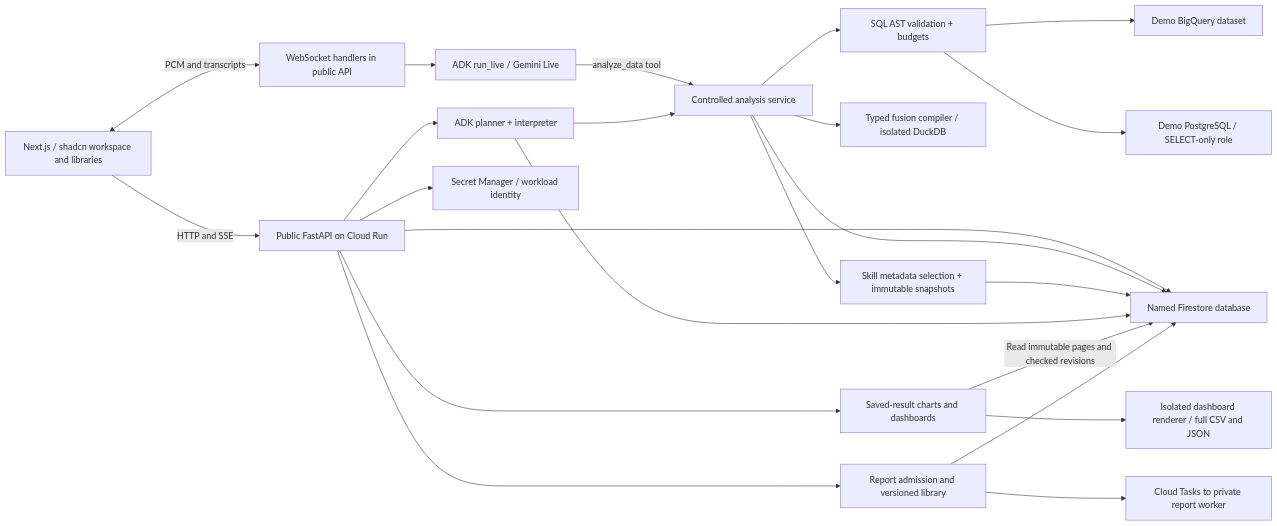
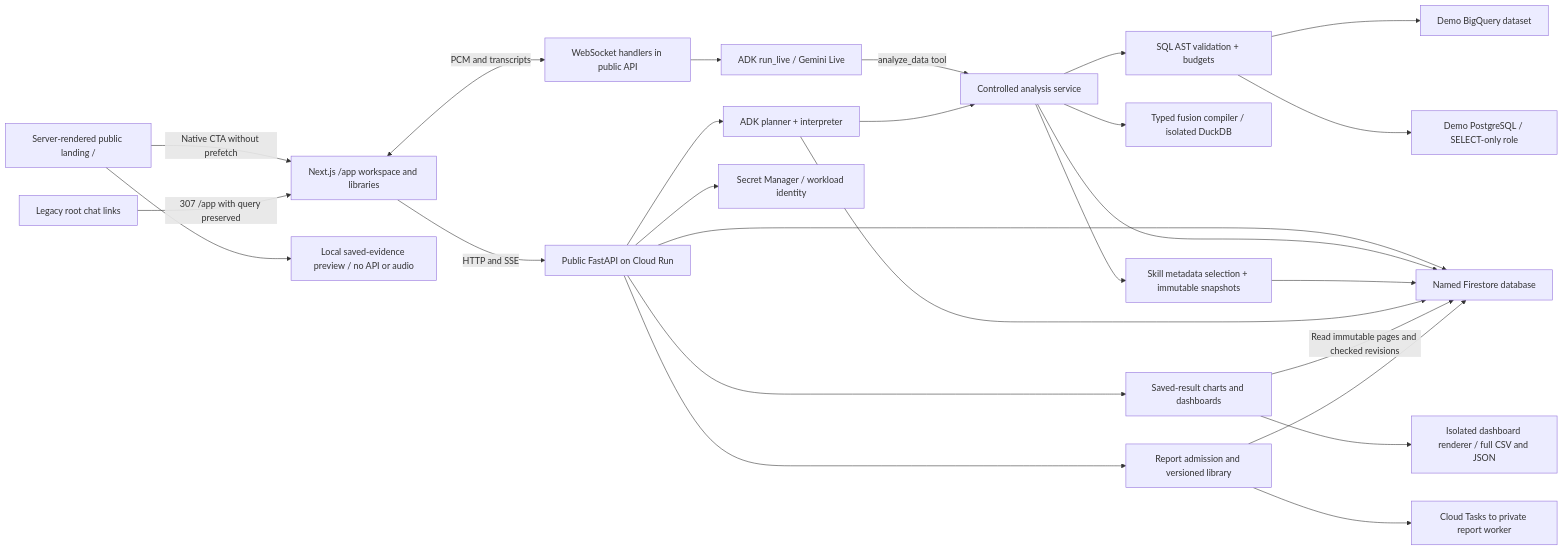
One commit to RusiruChathushanaka/querylane-agentic-bi changed the first of 2 diagrams in docs/architecture.md. Above: the diagram before and after it, drawn with Mermaid. The commit also changed other lines of this file and 41 other files, not shown here.

Commit message:
Add public landing page and dedicated workspace route

````diff
--- a/docs/architecture.md
+++ b/docs/architecture.md
@@ -9,25 +9,28 @@
 ```mermaid
 flowchart LR
-    Browser[Next.js / shadcn workspace and libraries] -->|HTTP and SSE| API[Public FastAPI on Cloud Run]
+    Landing[Server-rendered public landing /] -->|Native CTA without prefetch| Browser[Next.js /app workspace and libraries]
+    Landing --> Preview[Local saved-evidence preview / no API or audio]
+    Legacy[Legacy root chat links] -->|307 /app with query preserved| Browser
+    Browser -->|HTTP and SSE| API[Public FastAPI on Cloud Run]
     Browser <-->|PCM and transcripts| Voice[WebSocket handlers in public API]
     API --> ADK[ADK planner + interpreter]
     Voice --> Live[ADK run_live / Gemini Live]
     Live -->|analyze_data tool| Analysis[Controlled analysis service]
     ADK --> Analysis
     Analysis --> Guard[SQL AST validation + budgets]
     Guard --> BQ[Demo BigQuery dataset]
     Guard --> PG[Demo PostgreSQL / SELECT-only role]
     Analysis --> Fusion[Typed fusion compiler / isolated DuckDB]
     API --> Store[Named Firestore database]
     Analysis --> Store
     Analysis --> Skills[Skill metadata selection + immutable snapshots]
     Skills --> Store
     ADK --> Store
     API --> Saved[Saved-result charts and dashboards]
     Saved -->|Read immutable pages and checked revisions| Store
     Saved --> Export[Isolated dashboard renderer / full CSV and JSON]
     API --> Reports[Report admission and versioned library]
     Reports --> Store
     Reports --> Dispatch[Cloud Tasks to private report worker]
     API --> Secrets[Secret Manager / workload identity]
 ```
````
